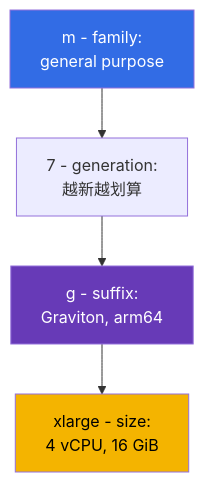
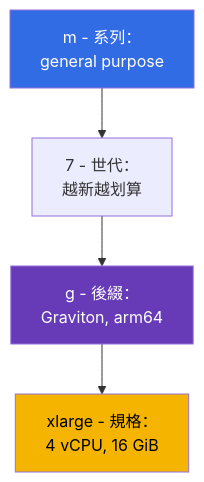
The second of 3 diagrams in tasks/eks/course/00-4-ec2/tw.md (ViktorUJ/cks), drawn with Mermaid before and after one commit. The commit also changed other lines of this file and 534 other files, not shown here.

````diff
--- a/tasks/eks/course/00-4-ec2/tw.md
+++ b/tasks/eks/course/00-4-ec2/tw.md
@@ -40,9 +40,9 @@
 ```mermaid
 flowchart TB
-    fam["m - family:<br/>general purpose"] --> gen["7 - generation:<br/>越新越划算"]
-    gen --> suf["g - suffix:<br/>Graviton, arm64"]
-    suf --> size["xlarge - size:<br/>4 vCPU, 16 GiB"]
+    fam["m - 系列：<br/>general purpose"] --> gen["7 - 世代：<br/>越新越划算"]
+    gen --> suf["g - 後綴：<br/>Graviton, arm64"]
+    suf --> size["xlarge - 規格：<br/>4 vCPU, 16 GiB"]
     style fam fill:#326ce5,color:#fff
     style suf fill:#673ab7,color:#fff
     style size fill:#f4b400,color:#000
 ```
````
